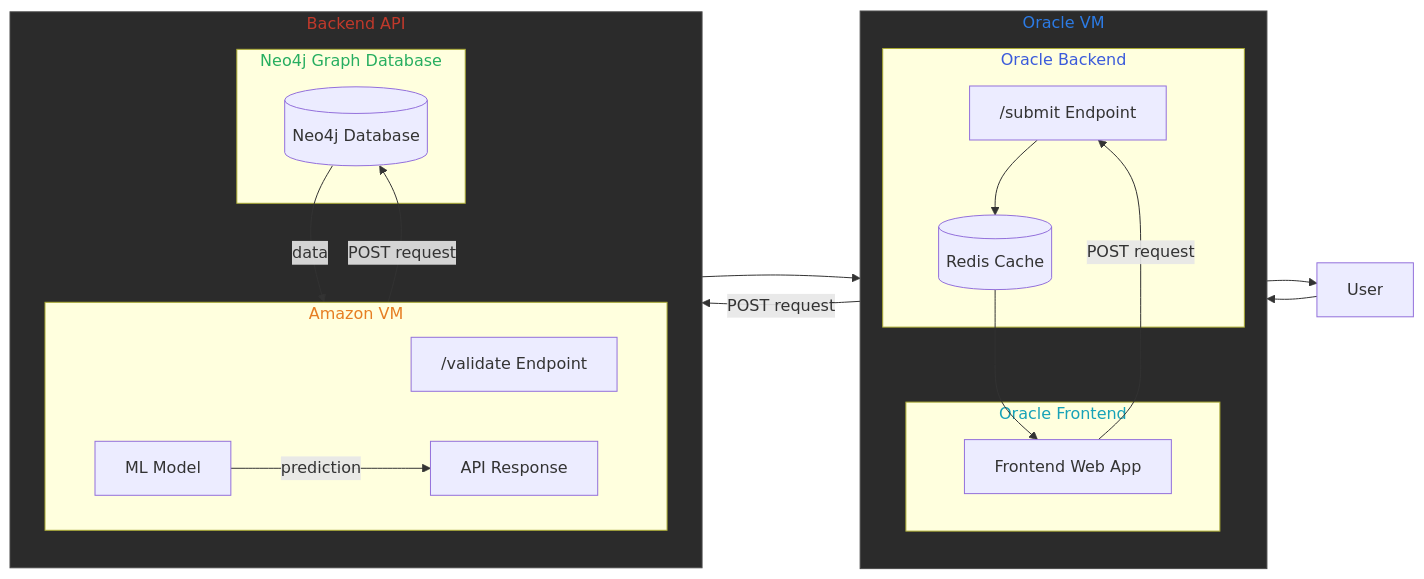
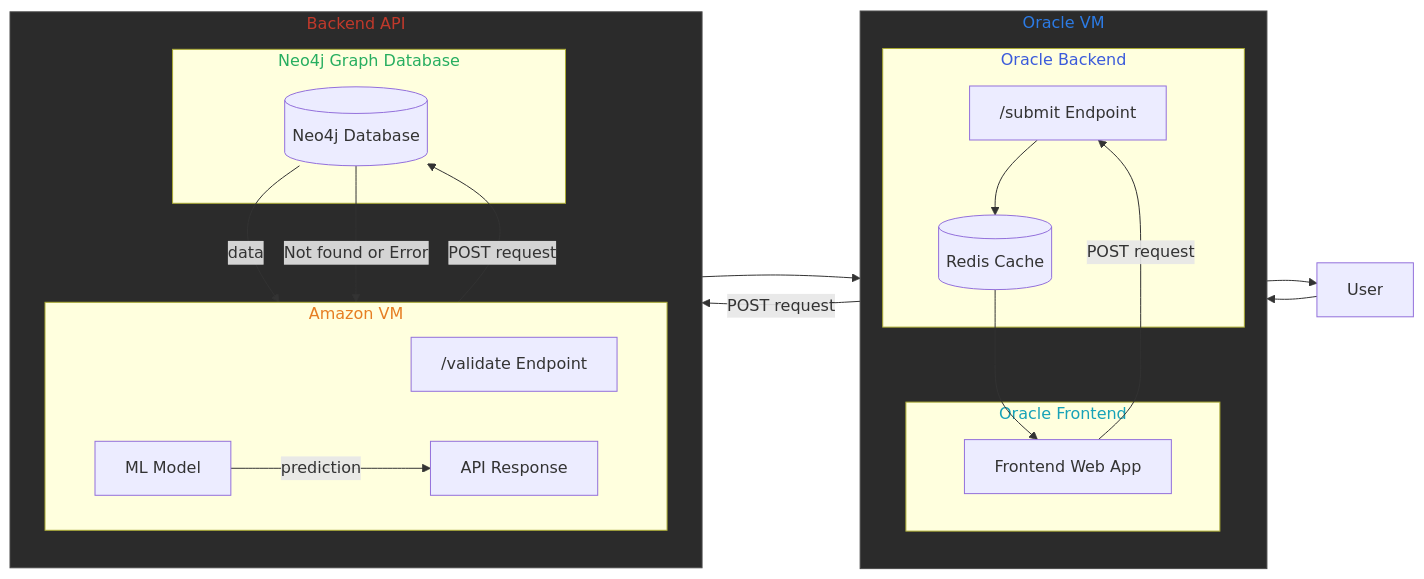
The second of 2 diagrams in README.md (thesteau/bitguard), drawn with Mermaid before and after one commit.

Commit message:
Add not found to diagram

````diff
--- a/README.md
+++ b/README.md
@@ -73,46 +73,47 @@
 ```mermaid
 flowchart LR
 
 U[User]
 
 subgraph Oracle["<span style='color:#2c7be5'>Oracle VM</span>"]
     direction TB
 
     subgraph OracleFrontend["<span style='color:#17a2b8'>Oracle Frontend</span>"]
         FE[Frontend Web App]
     end
 
     subgraph OracleBackend["<span style='color:#3b5bdb'>Oracle Backend</span>"]
         SUBMIT["/submit Endpoint"]
         CACHE[(Redis Cache)]
     end
 end
 style Oracle fill:#2b2b2b,stroke:#4a4a4a
 
 subgraph Backend["<span style='color:#c0392b'>Backend API</span>"]
     direction TB
 
     subgraph AWS["<span style='color:#e67e22'>Amazon VM</span>"]
         direction LR
         VALIDATE["/validate Endpoint"]
         MODEL[ML Model]
         APIRESP[API Response]
     end
 
     subgraph Graph["<span style='color:#27ae60'>Neo4j Graph Database</span>"]
         DB[(Neo4j Database)]
     end
 end
 style Backend fill:#2b2b2b,stroke:#4a4a4a
 
 U --> FE
 FE -- POST request --> SUBMIT
 SUBMIT --> CACHE
 CACHE -- POST request --> VALIDATE
 VALIDATE -- POST request --> DB
 DB -- data --> MODEL
+DB -- Not found or Error --> APIRESP
 MODEL -- prediction --> APIRESP
 APIRESP --> CACHE
 CACHE --> FE
 FE --> U
 ```
````
